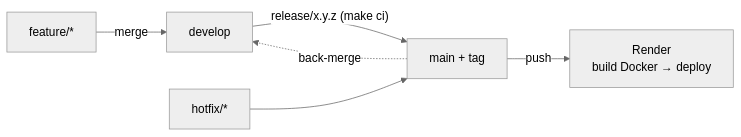
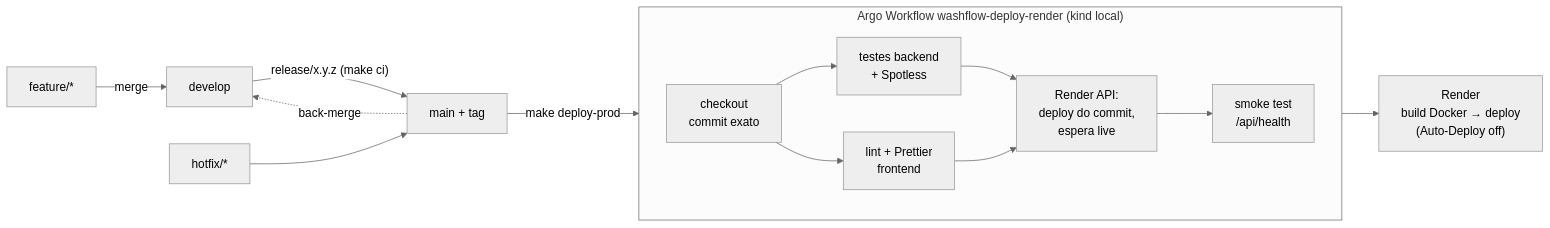
Before and after one commit to mayconaraujosantos/washflow-app: the fourth of 4 diagrams in docs/system-design/arquitetura.md, drawn with Mermaid (neutral theme). The commit also changed other lines of this file and 8 other files, not shown here.

First line of the commit message:
ci: deploy production to Render through Argo Workflows

````diff
--- a/docs/system-design/arquitetura.md
+++ b/docs/system-design/arquitetura.md
@@ -149,8 +149,18 @@
 ```mermaid
 flowchart LR
     DEV["feature/*"] -->|merge| DEVELOP[develop]
     DEVELOP -->|"release/x.y.z (make ci)"| MAIN[main + tag]
-    MAIN -->|push| RENDER["Render<br/>build Docker → deploy"]
     HOTFIX["hotfix/*"] --> MAIN
     MAIN -. back-merge .-> DEVELOP
+    MAIN -->|make deploy-prod| WF
+
+    subgraph WF["Argo Workflow washflow-deploy-render (kind local)"]
+        direction LR
+        CK[checkout<br/>commit exato] --> QB[testes backend<br/>+ Spotless]
+        CK --> QF[lint + Prettier<br/>frontend]
+        QB & QF --> RD["Render API:<br/>deploy do commit,<br/>espera live"]
+        RD --> SM["smoke test<br/>/api/health"]
+    end
+
+    RD --> RENDER["Render<br/>build Docker → deploy<br/>(Auto-Deploy off)"]
 ```
````
